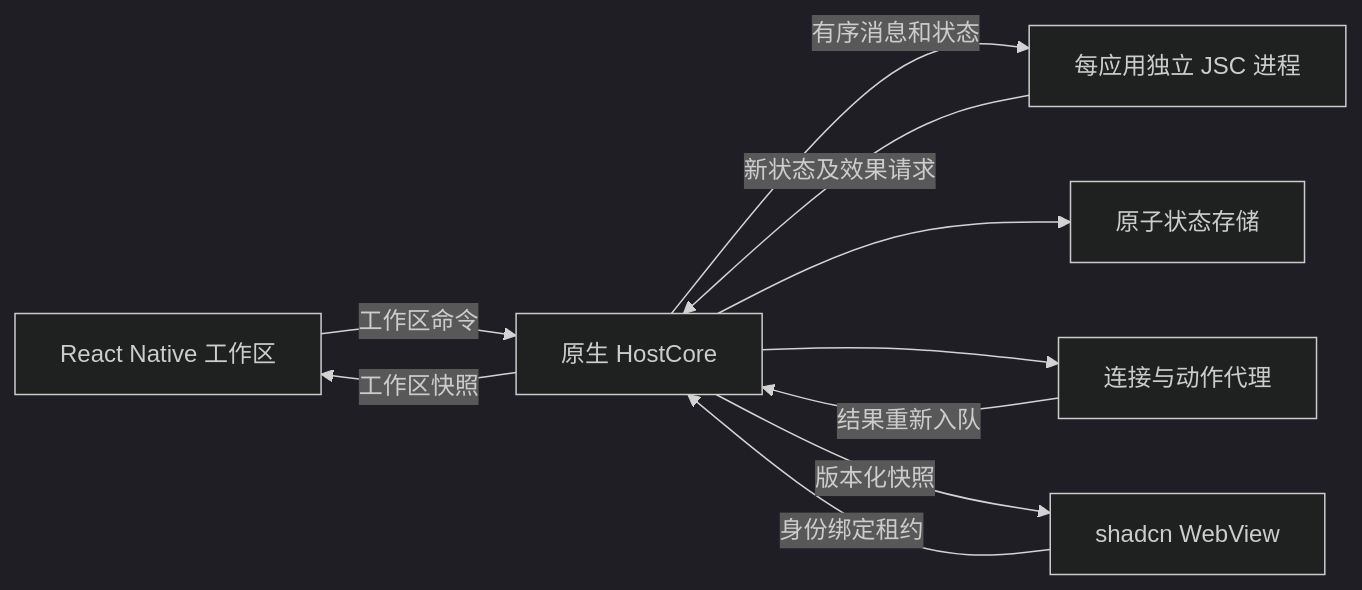
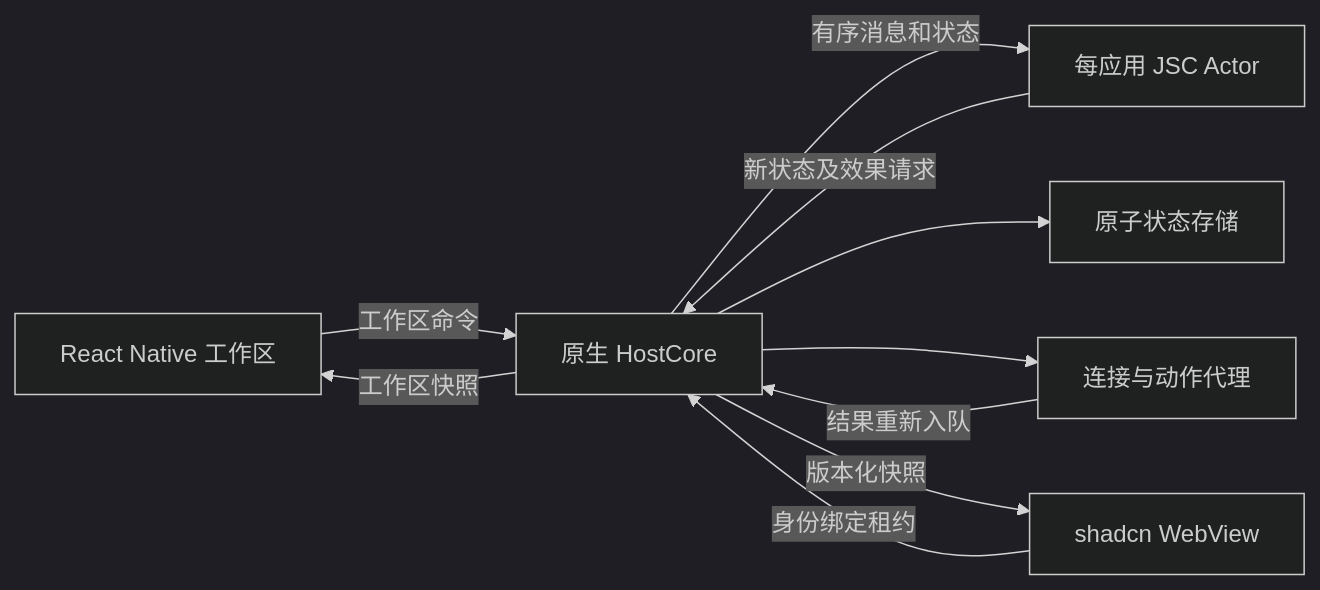
Before and after one commit to dingdalong/skynet_agent: the diagram in docs/architecture/CLIENT_RUNTIME.md, drawn with Mermaid (dark theme). The commit also changed other lines of this file and 82 other files, not shown here.

````diff
--- a/docs/architecture/CLIENT_RUNTIME.md
+++ b/docs/architecture/CLIENT_RUNTIME.md
@@ -21,12 +22,12 @@
 ```mermaid
 flowchart LR
     Shell[React Native 工作区] -->|工作区命令| Host[原生 HostCore]
     View[shadcn WebView] -->|身份绑定租约| Host
-    Host -->|有序消息和状态| Actor[每应用独立 JSC 进程]
+    Host -->|有序消息和状态| Actor[每应用 JSC Actor]
     Actor -->|新状态及效果请求| Host
     Host --> Store[原子状态存储]
     Host --> Broker[连接与动作代理]
     Broker -->|结果重新入队| Host
     Host -->|版本化快照| View
     Host -->|工作区快照| Shell
 ```
````
